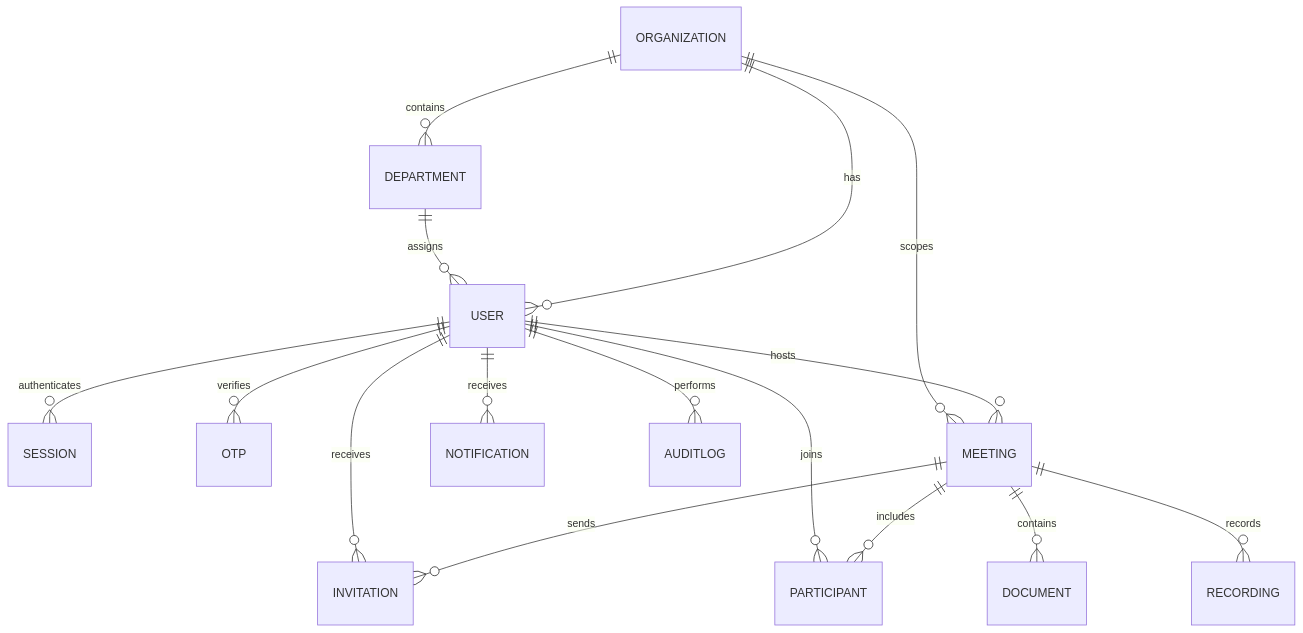
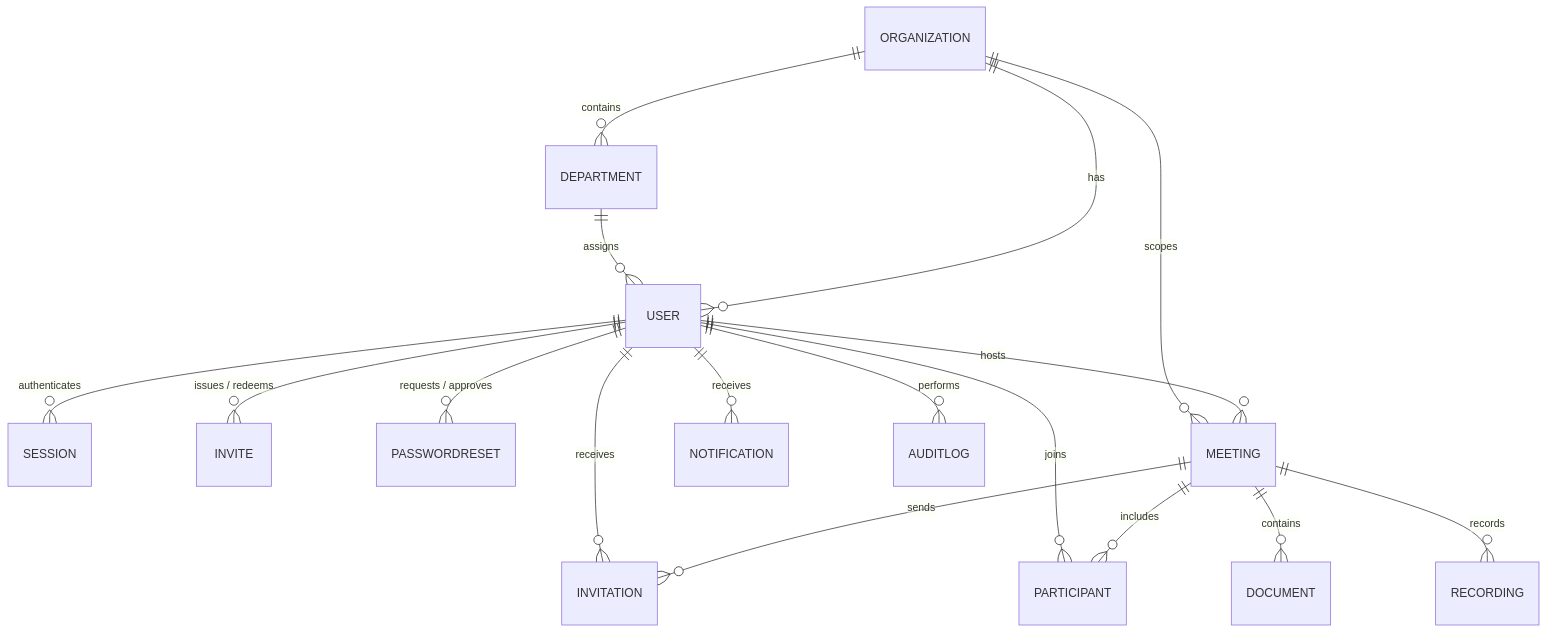
One commit to rashmi06an/Vimarsh- changed the seventh of 7 diagrams in README.md. Above: the diagram before and after it, drawn with Mermaid. The commit also changed other lines of this file, not shown here.

````diff
--- a/README.md
+++ b/README.md
@@ -280,18 +307,19 @@
 ```mermaid
 erDiagram
     ORGANIZATION ||--o{ DEPARTMENT : contains
     ORGANIZATION ||--o{ USER : has
     DEPARTMENT ||--o{ USER : assigns
     USER ||--o{ SESSION : authenticates
-    USER ||--o{ OTP : verifies
+    USER ||--o{ INVITE : "issues / redeems"
+    USER ||--o{ PASSWORDRESET : "requests / approves"
     USER ||--o{ MEETING : hosts
     ORGANIZATION ||--o{ MEETING : scopes
     MEETING ||--o{ INVITATION : sends
     USER ||--o{ INVITATION : receives
     MEETING ||--o{ PARTICIPANT : includes
     USER ||--o{ PARTICIPANT : joins
     MEETING ||--o{ DOCUMENT : contains
     MEETING ||--o{ RECORDING : records
     USER ||--o{ NOTIFICATION : receives
     USER ||--o{ AUDITLOG : performs
 ```
````
